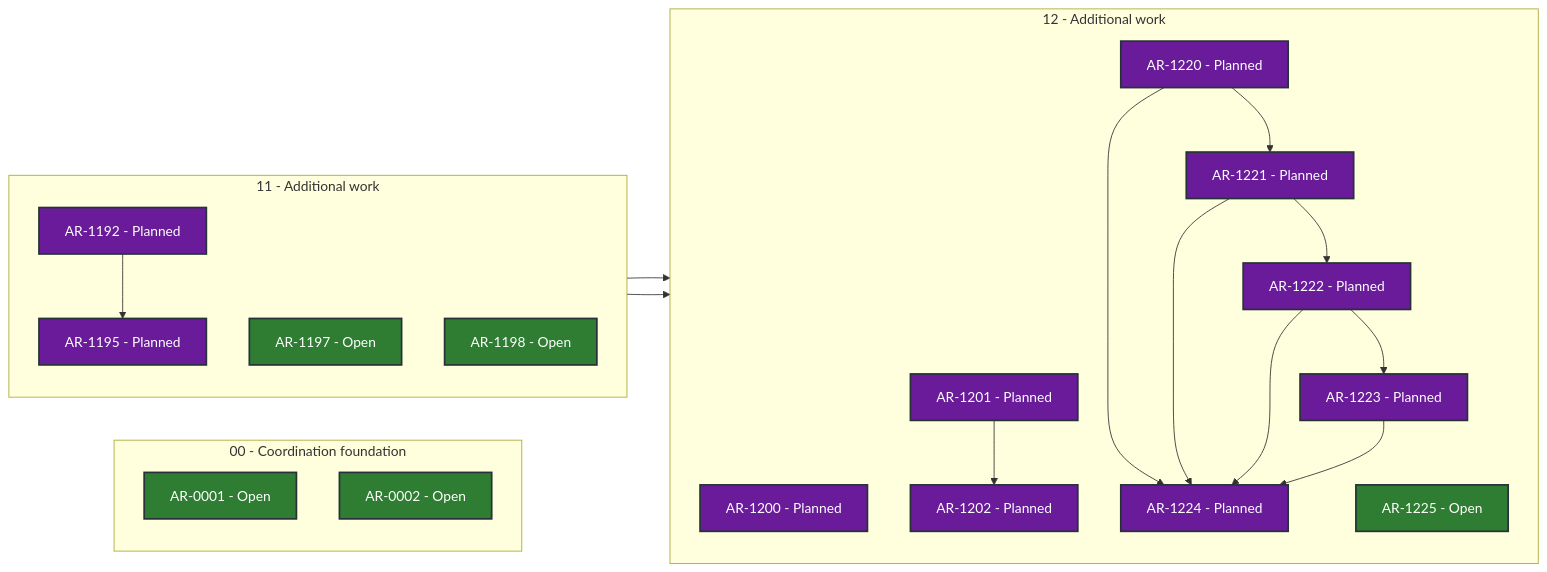
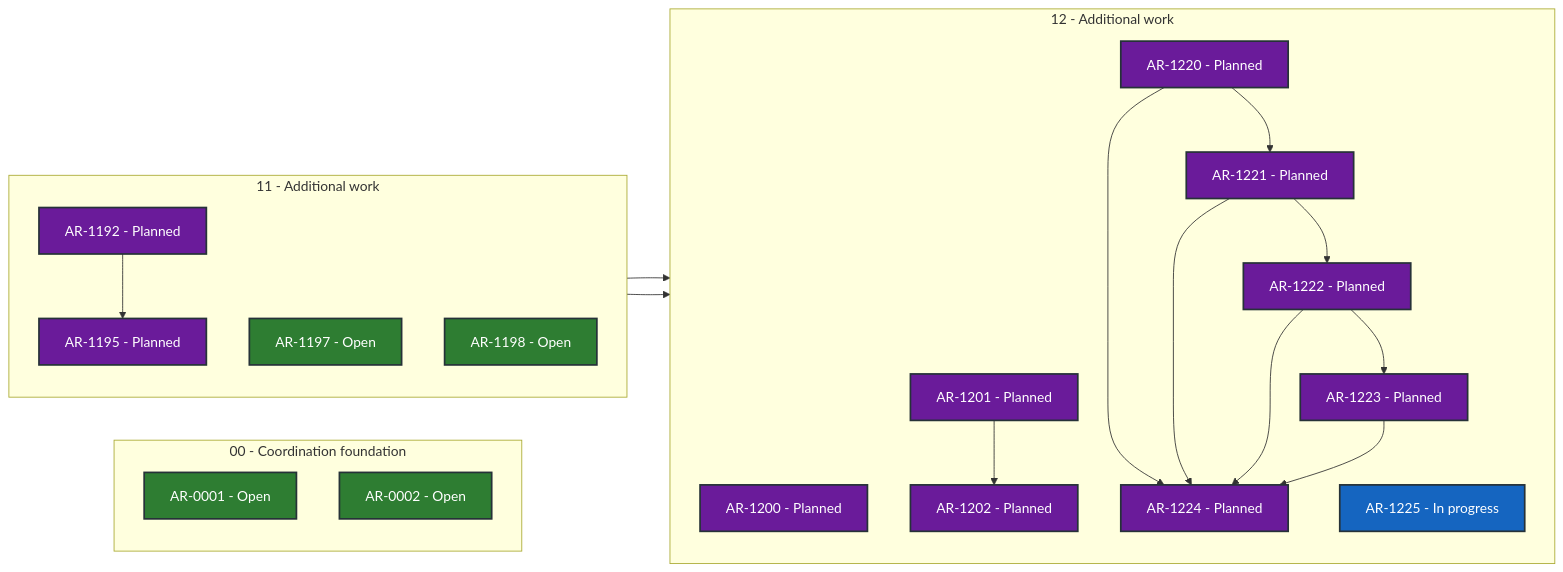
One commit to martin-beck/asb-tui-state changed the diagram in STATUS.md. Above: the diagram before and after it, drawn with Mermaid. The commit also changed other lines of this file and 2 other files, not shown here.

````diff
--- a/STATUS.md
+++ b/STATUS.md
@@ -27,46 +27,46 @@
 ```mermaid
 flowchart LR
     subgraph series_00["00 - Coordination foundation"]
         direction TB
         AR_0001["AR-0001 - Open"]:::status_open
         AR_0002["AR-0002 - Open"]:::status_open
     end
     subgraph series_11["11 - Additional work"]
         direction TB
         AR_1192["AR-1192 - Planned"]:::status_planned
         AR_1195["AR-1195 - Planned"]:::status_planned
         AR_1197["AR-1197 - Open"]:::status_open
         AR_1198["AR-1198 - Open"]:::status_open
     end
     subgraph series_12["12 - Additional work"]
         direction TB
         AR_1200["AR-1200 - Planned"]:::status_planned
         AR_1201["AR-1201 - Planned"]:::status_planned
         AR_1202["AR-1202 - Planned"]:::status_planned
         AR_1220["AR-1220 - Planned"]:::status_planned
         AR_1221["AR-1221 - Planned"]:::status_planned
         AR_1222["AR-1222 - Planned"]:::status_planned
         AR_1223["AR-1223 - Planned"]:::status_planned
         AR_1224["AR-1224 - Planned"]:::status_planned
-        AR_1225["AR-1225 - Open"]:::status_open
+        AR_1225["AR-1225 - In progress"]:::status_in_progress
     end
     AR_1192 --> AR_1195
     AR_1195 --> AR_1200
     AR_1197 --> AR_1201
     AR_1201 --> AR_1202
     AR_1220 --> AR_1221
     AR_1220 --> AR_1224
     AR_1221 --> AR_1222
     AR_1221 --> AR_1224
     AR_1222 --> AR_1223
     AR_1222 --> AR_1224
     AR_1223 --> AR_1224
     classDef status_in_progress fill:#1565c0,color:#ffffff,stroke:#263238,stroke-width:2px
     classDef status_open fill:#2e7d32,color:#ffffff,stroke:#263238,stroke-width:2px
     classDef status_blocked fill:#c62828,color:#ffffff,stroke:#263238,stroke-width:2px
     classDef status_planned fill:#6a1b9a,color:#ffffff,stroke:#263238,stroke-width:2px
     classDef status_future fill:#455a64,color:#ffffff,stroke:#263238,stroke-width:2px
     classDef status_done fill:#00695c,color:#ffffff,stroke:#263238,stroke-width:2px
     classDef status_cancelled fill:#616161,color:#ffffff,stroke:#263238,stroke-width:2px
     classDef status_superseded fill:#5d4037,color:#ffffff,stroke:#263238,stroke-width:2px
 ```
````
